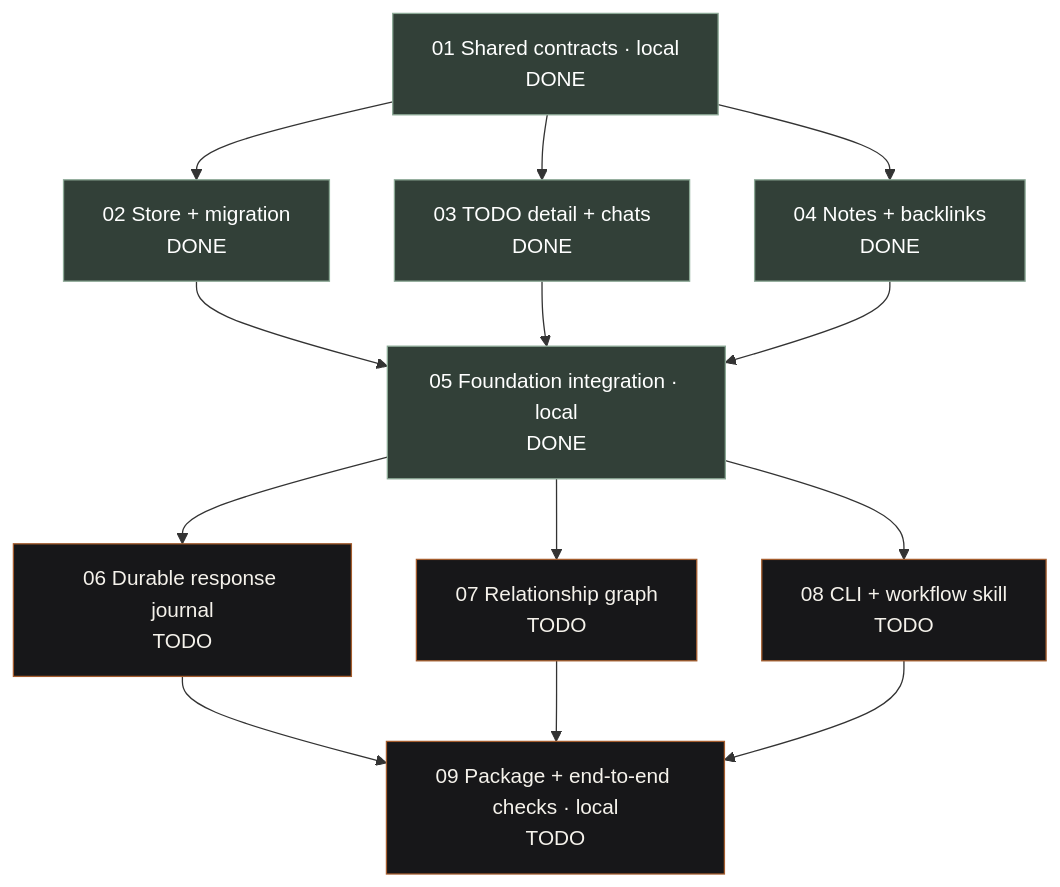
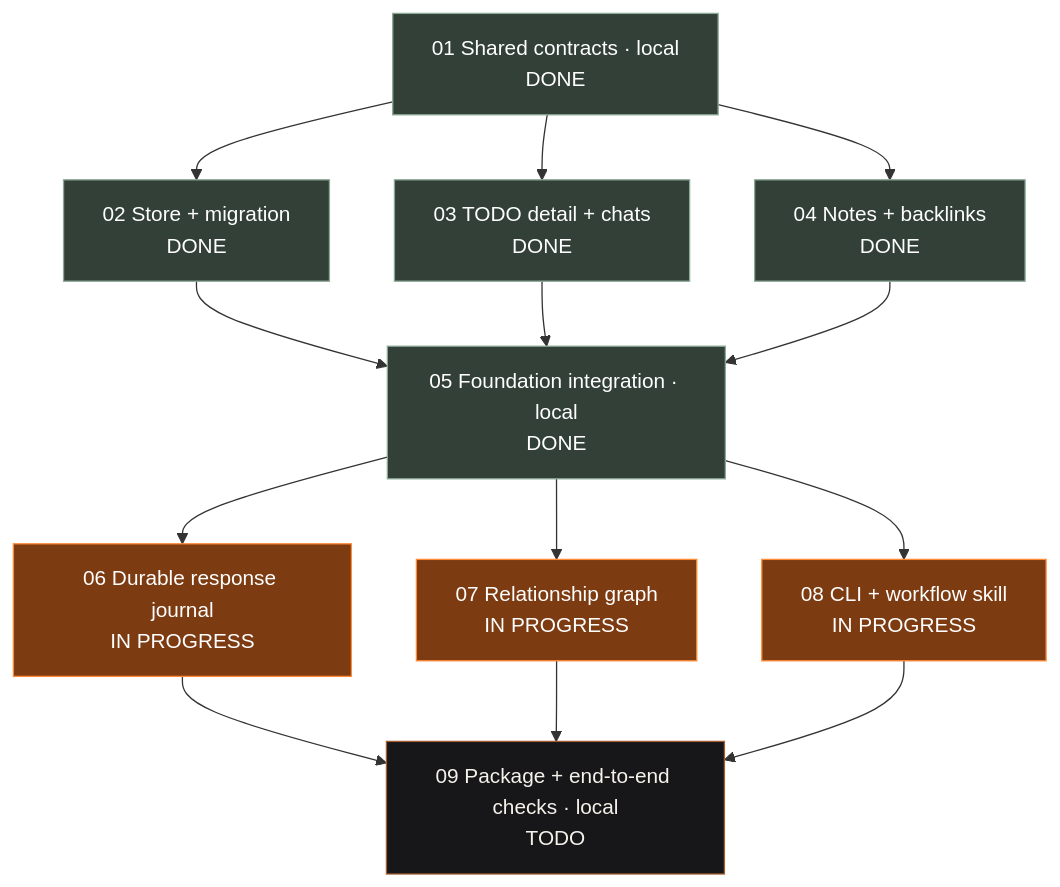
One commit to vatsalsaglani/Cider changed the diagram in docs/plans/linked-work/00-overview.md. Above: the diagram before and after it, drawn with Mermaid. The commit also changed other lines of this file and 1 other file, not shown here.

````diff
--- a/docs/plans/linked-work/00-overview.md
+++ b/docs/plans/linked-work/00-overview.md
@@ -38,27 +38,27 @@
 ```mermaid
 flowchart TD
     P01["01 Shared contracts · local<br/>DONE"]:::done
     P02["02 Store + migration<br/>DONE"]:::done
     P03["03 TODO detail + chats<br/>DONE"]:::done
     P04["04 Notes + backlinks<br/>DONE"]:::done
     P05["05 Foundation integration · local<br/>DONE"]:::done
-    P06["06 Durable response journal<br/>TODO"]:::todo
-    P07["07 Relationship graph<br/>TODO"]:::todo
-    P08["08 CLI + workflow skill<br/>TODO"]:::todo
+    P06["06 Durable response journal<br/>IN PROGRESS"]:::inprogress
+    P07["07 Relationship graph<br/>IN PROGRESS"]:::inprogress
+    P08["08 CLI + workflow skill<br/>IN PROGRESS"]:::inprogress
     P09["09 Package + end-to-end checks · local<br/>TODO"]:::todo
     P01 --> P02
     P01 --> P03
     P01 --> P04
     P02 --> P05
     P03 --> P05
     P04 --> P05
     P05 --> P06
     P05 --> P07
     P05 --> P08
     P06 --> P09
     P07 --> P09
     P08 --> P09
     classDef todo fill:#171719,color:#f5f2eb,stroke:#a45d2e
     classDef inprogress fill:#7d3b12,color:#fff,stroke:#ff8b38
     classDef done fill:#324038,color:#fff,stroke:#8ca996
 ```
````
